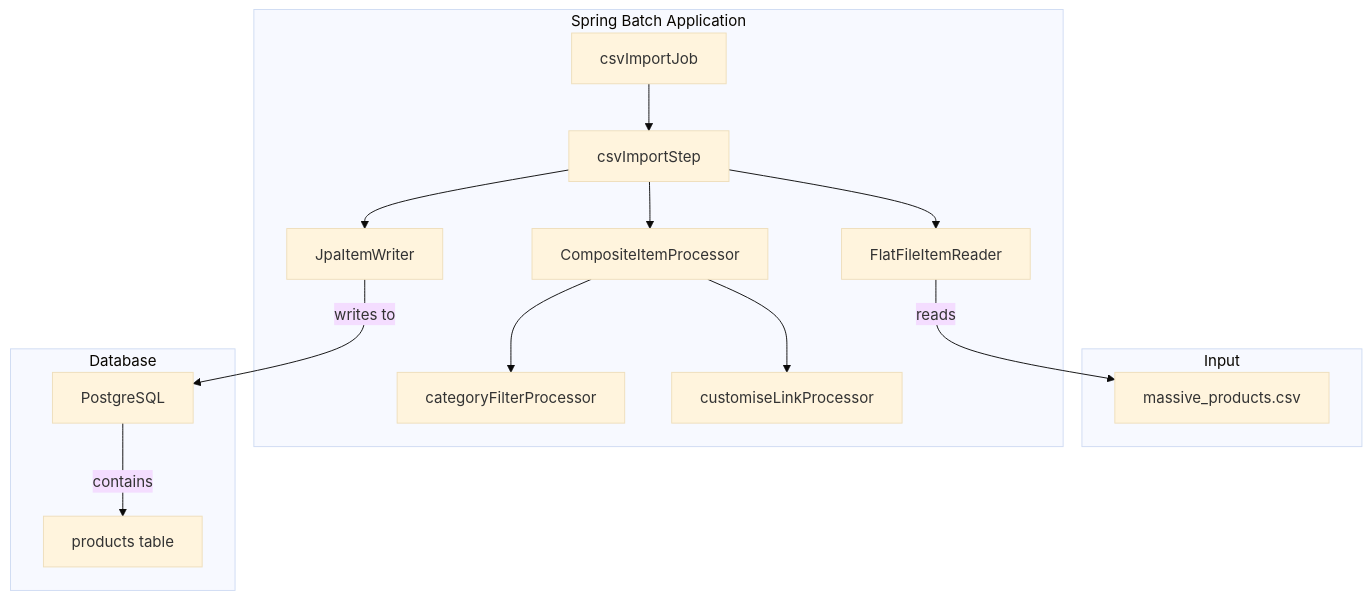
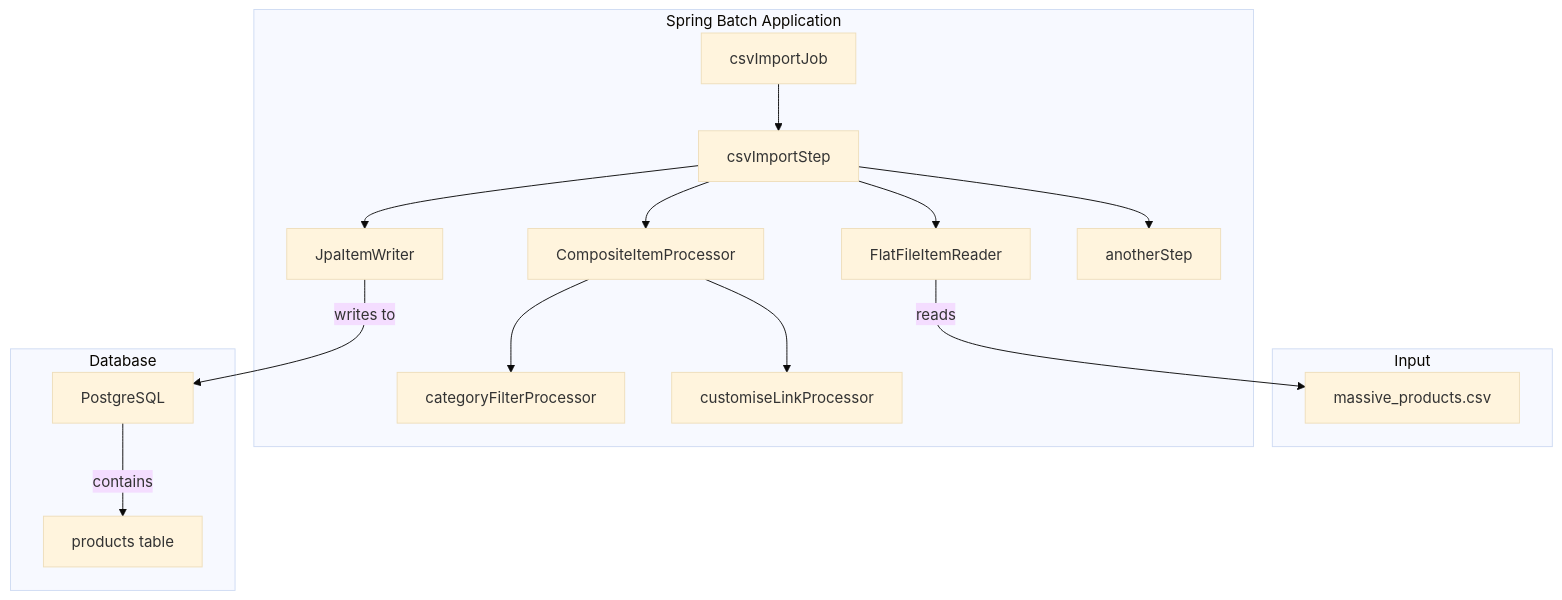
One commit to longineers/batcher changed the diagram in README.md. Above: the diagram before and after it, drawn with Mermaid (base theme). The commit also changed other lines of this file and 13 other files, not shown here.

````diff
--- a/README.md
+++ b/README.md
@@ -15,32 +58,34 @@
 ```mermaid
 graph TD
     subgraph "Input"
         A[massive_products.csv]
     end
 
     subgraph "Spring Batch Application"
         B[csvImportJob]
         C[csvImportStep]
         D[FlatFileItemReader]
         H[CompositeItemProcessor]
         I[categoryFilterProcessor]
         J[customiseLinkProcessor]
         E[JpaItemWriter]
+        K[anotherStep]
 
         B --> C;
         C --> D;
         C --> H;
         C --> E;
         D -- reads --> A;
         H --> I;
         H --> J;
+        C --> K;
     end
 
     subgraph "Database"
         F[PostgreSQL]
         G[products table]
 
         E -- writes to --> F;
         F -- contains --> G;
     end
 ```
````
